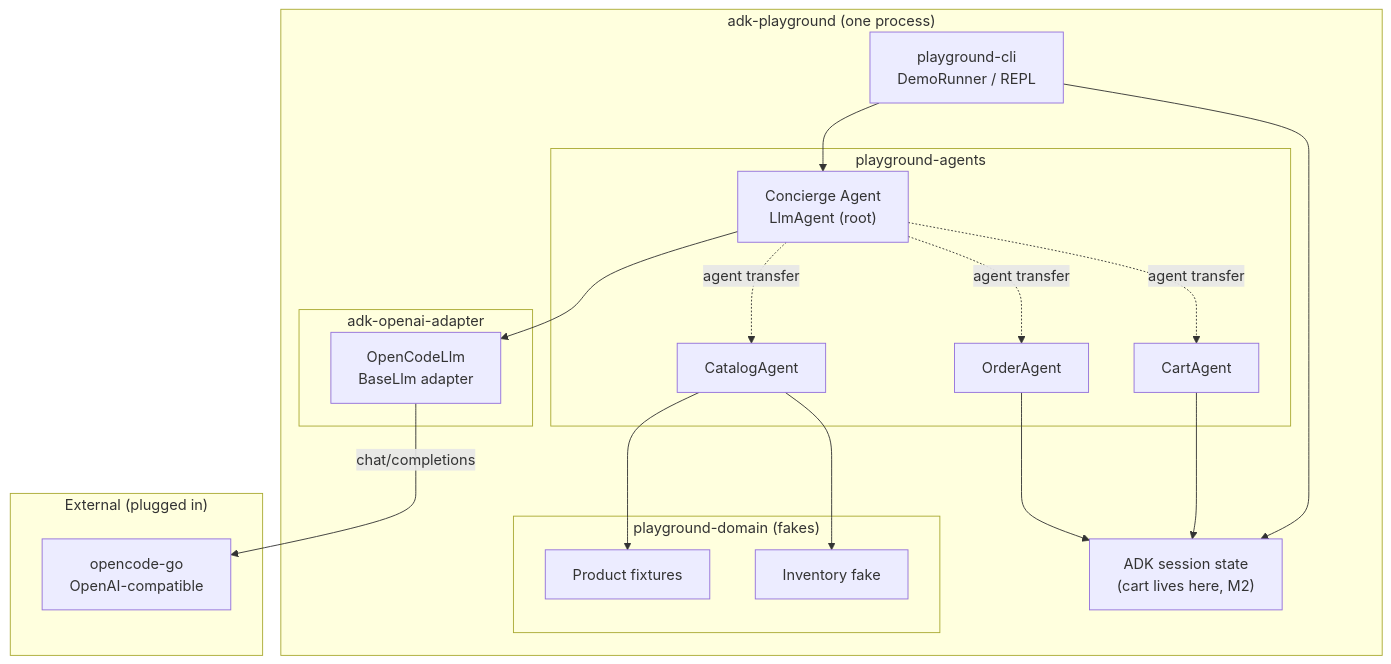
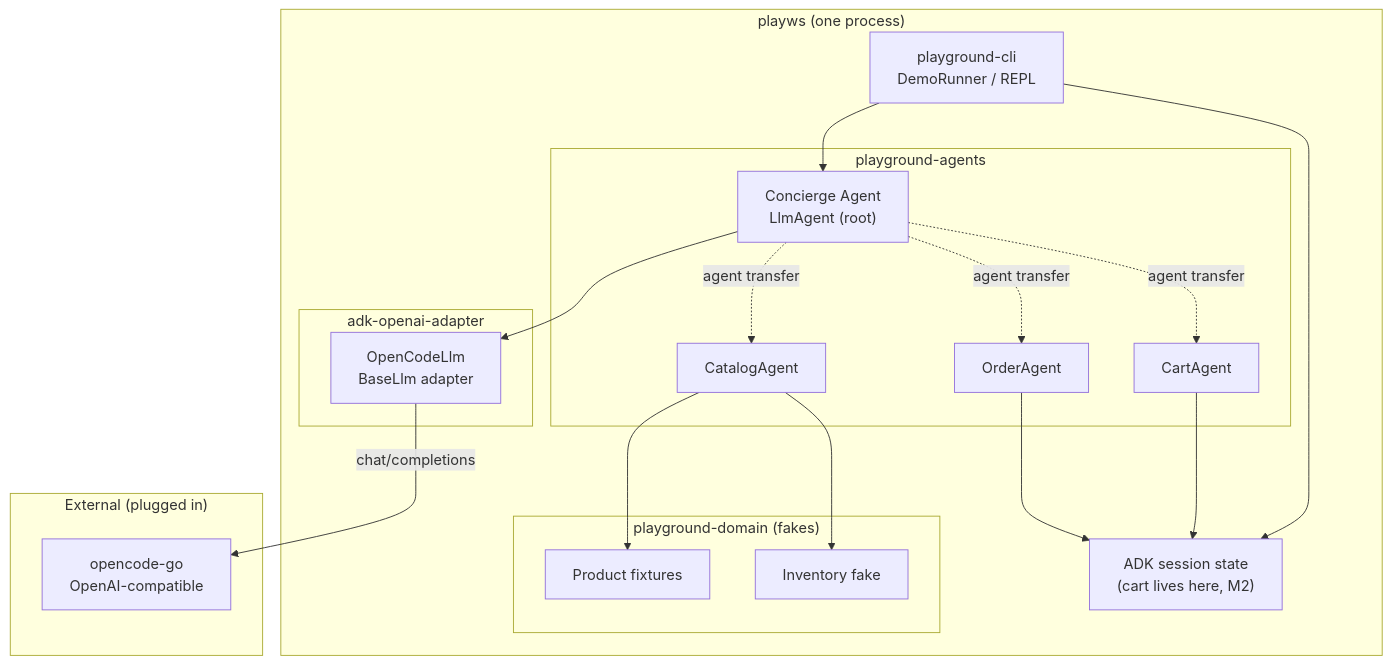
One commit to thanhdoancong127/adk-playground changed the first of 2 diagrams in README.md. Above: the diagram before and after it, drawn with Mermaid. The commit also changed other lines of this file and 12 other files, not shown here.

First line of the commit message:
refactor!: rename adk-playground -> playws, package com.playws

````diff
--- a/README.md
+++ b/README.md
@@ -70,40 +70,40 @@
 ```mermaid
 flowchart TB
-    subgraph proc["adk-playground (one process)"]
+    subgraph proc["playws (one process)"]
         CLI["playground-cli<br/>DemoRunner / REPL"]
 
         subgraph agents["playground-agents"]
             ROOT["Concierge Agent<br/>LlmAgent (root)"]
             CAT["CatalogAgent"]
             CART["CartAgent"]
             ORD["OrderAgent"]
         end
 
         SESS["ADK session state<br/>(cart lives here, M2)"]
 
         subgraph dom["playground-domain (fakes)"]
             PROD["Product fixtures"]
             STOCK["Inventory fake"]
         end
 
         subgraph llmb["adk-openai-adapter"]
             ADAPT["OpenCodeLlm<br/>BaseLlm adapter"]
         end
     end
 
     subgraph ext["External (plugged in)"]
         OCGO["opencode-go<br/>OpenAI-compatible"]
     end
 
     CLI --> ROOT
     CLI --> SESS
     ROOT -.->|agent transfer| CAT
     ROOT -.->|agent transfer| CART
     ROOT -.->|agent transfer| ORD
     CAT --> PROD
     CAT --> STOCK
     CART --> SESS
     ORD --> SESS
     ROOT --> ADAPT
     ADAPT -->|"chat/completions"| OCGO
 ```
````
